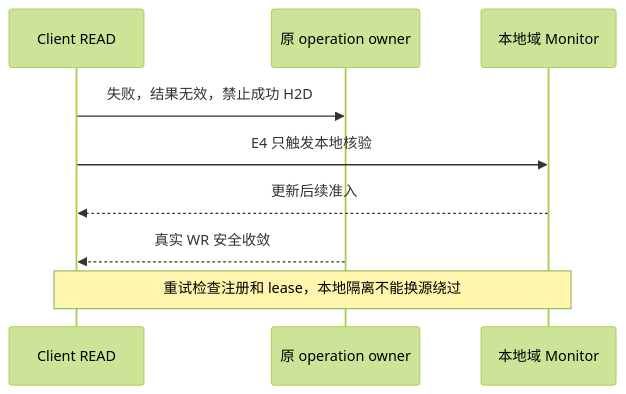
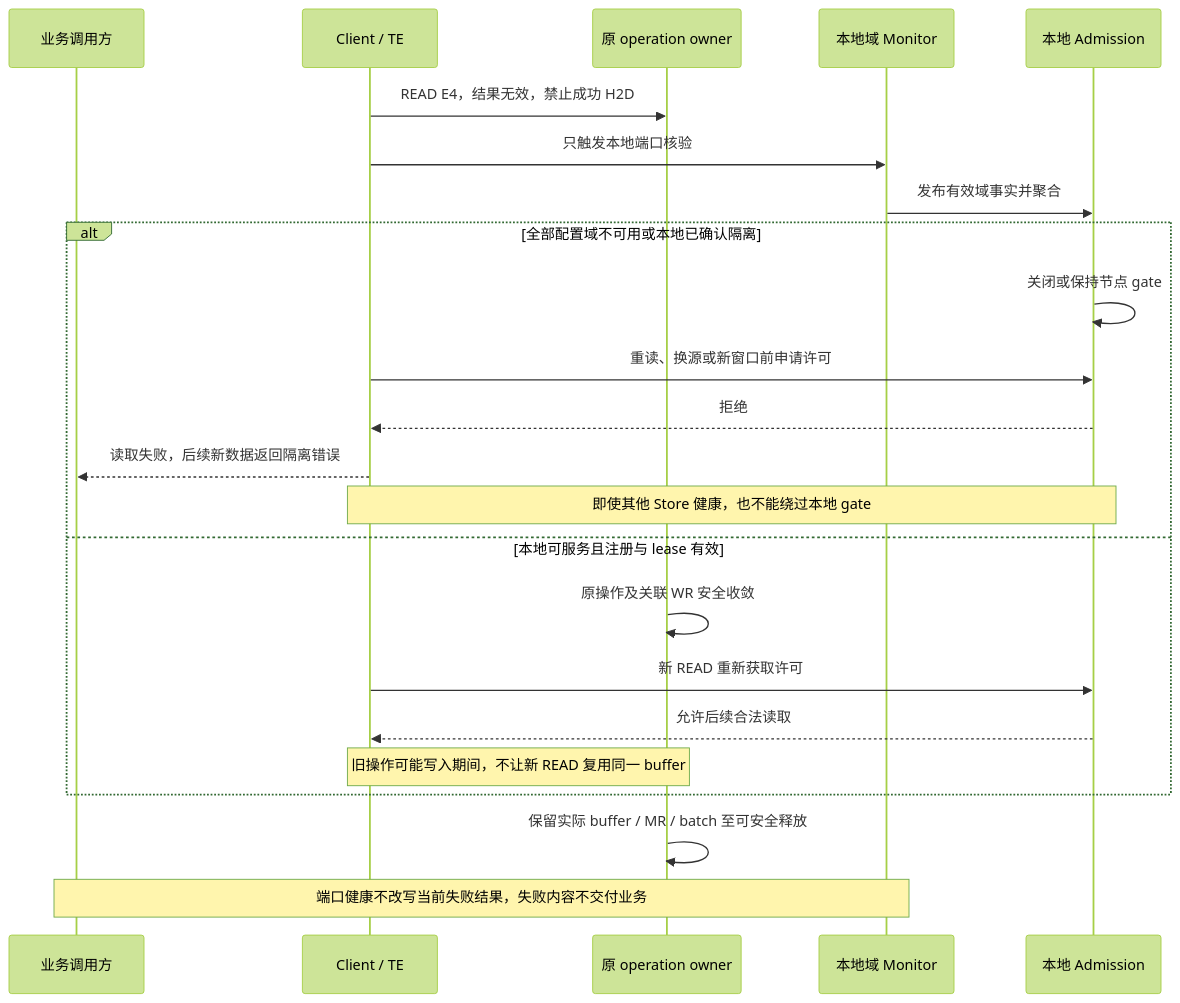
The fifth of 10 diagrams in docs/analyze/ub_fault_isolation_design.md (HangCong126/Supercache), drawn with Mermaid (forest theme) before and after one commit. The commit also changed other lines of this file, not shown here.

Commit message:
clarify ub isolation behavior with read-write and admission sequences

````diff
--- a/docs/analyze/ub_fault_isolation_design.md
+++ b/docs/analyze/ub_fault_isolation_design.md
@@ -312,11 +362,25 @@
 ```mermaid
 sequenceDiagram
-    participant C as Client READ
+    participant B as 业务调用方
+    participant C as Client / TE
     participant O as 原 operation owner
     participant H as 本地域 Monitor
-    C->>O: 失败，结果无效，禁止成功 H2D
-    C->>H: E4 只触发本地核验
-    H-->>C: 更新后续准入
-    O-->>C: 真实 WR 安全收敛
-    Note over C,H: 重试检查注册和 lease，本地隔离不能换源绕过
+    participant A as 本地 Admission
+    C->>O: READ E4，结果无效，禁止成功 H2D
+    C->>H: 只触发本地端口核验
+    H->>A: 发布有效域事实并聚合
+    alt 全部配置域不可用或本地已确认隔离
+        A->>A: 关闭或保持节点 gate
+        C->>A: 重读、换源或新窗口前申请许可
+        A-->>C: 拒绝
+        C-->>B: 读取失败，后续新数据返回隔离错误
+        Note over C,A: 即使其他 Store 健康，也不能绕过本地 gate
+    else 本地可服务且注册与 lease 有效
+        O->>O: 原操作及关联 WR 安全收敛
+        C->>A: 新 READ 重新获取许可
+        A-->>C: 允许后续合法读取
+        Note over C,O: 旧操作可能写入期间，不让新 READ 复用同一 buffer
+    end
+    O->>O: 保留实际 buffer / MR / batch 至可安全释放
+    Note over B,H: 端口健康不改写当前失败结果，失败内容不交付业务
 ```
````
